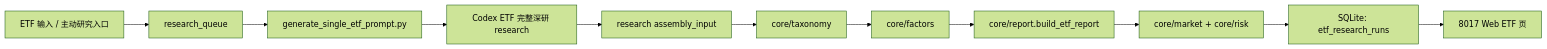
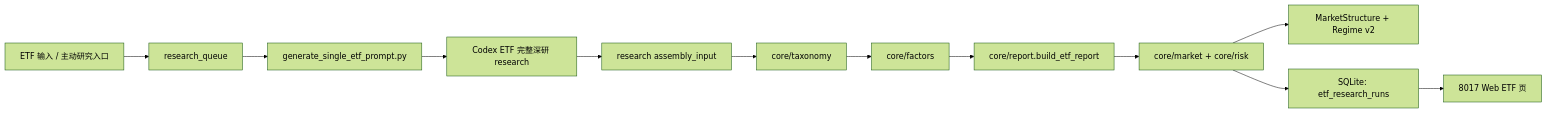
One commit to imherro/MyInvestETF changed the diagram in docs/ARCHITECTURE.md. Above: the diagram before and after it, drawn with Mermaid (forest theme). The commit also changed other lines of this file and 11 other files, not shown here.

Commit message:
Add structure-aware market regime

````diff
--- a/docs/ARCHITECTURE.md
+++ b/docs/ARCHITECTURE.md
@@ -21,13 +22,14 @@
 ```mermaid
 flowchart LR
   A["ETF 输入 / 主动研究入口"] --> B["research_queue"]
   B --> C["generate_single_etf_prompt.py"]
   C --> D["Codex ETF 完整深研 research"]
   D --> E["research assembly_input"]
   E --> T["core/taxonomy"]
   T --> X["core/factors"]
   X --> F["core/report.build_etf_report"]
   F --> M["core/market + core/risk"]
+  M --> S["MarketStructure + Regime v2"]
   M --> G["SQLite: etf_research_runs"]
   G --> H["8017 Web ETF 页"]
 ```
````
